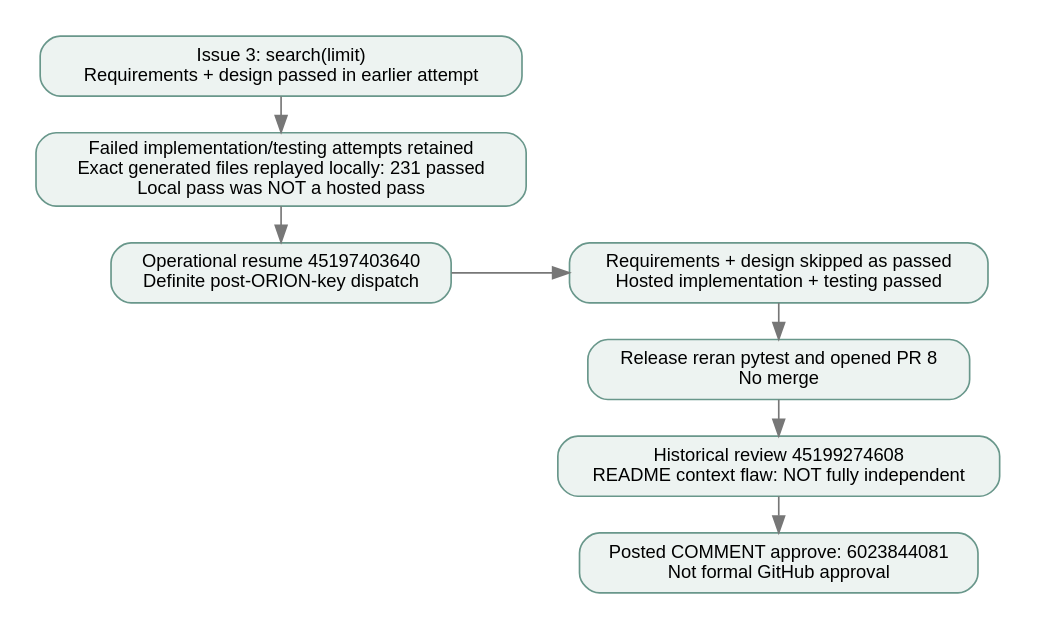
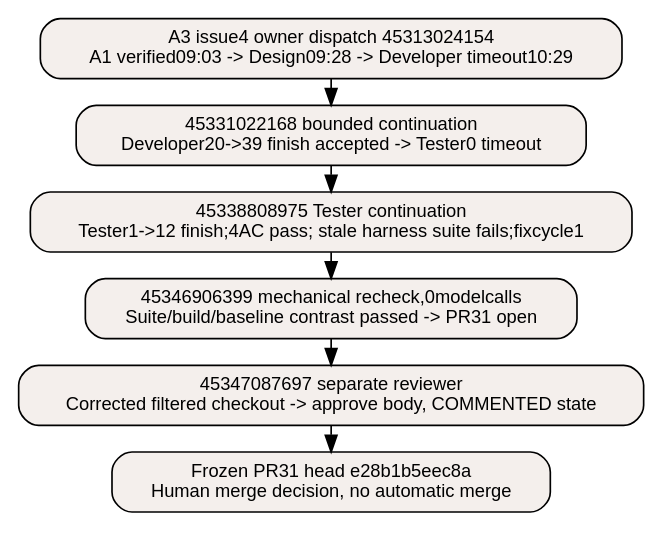
The diagram in architecture/views/sequence.dot (panemchaitanya/AutoSE_A3), drawn with Graphviz before and after one commit. The commit also changed 26 other files, not shown here.

```diff
--- a/architecture/views/sequence.dot
+++ b/architecture/views/sequence.dot
@@ -1,15 +1,12 @@
 digraph G {
- graph [rankdir=LR,bgcolor="white",pad="0.2",nodesep="0.3",ranksep="0.27"];
- node [shape=box,style="rounded,filled",fillcolor="#edf3f1",color="#69978b",fontname="Helvetica",fontsize=11];
- edge [color="#777777",fontname="Helvetica",fontsize=10];
- A [label="Issue 3: search(limit)\nRequirements + design passed in earlier attempt"];
- B [label="Failed implementation/testing attempts retained\nExact generated files replayed locally: 231 passed\nLocal pass was NOT a hosted pass"];
- C [label="Operational resume 45197403640\nDefinite post-ORION-key dispatch"];
- D [label="Requirements + design skipped as passed\nHosted implementation + testing passed"];
- E [label="Release reran pytest and opened PR 8\nNo merge"];
- F [label="Historical review 45199274608\nREADME context flaw: NOT fully independent"];
- H [label="Posted COMMENT approve: 6023844081\nNot formal GitHub approval"];
- {rank=same;A;B;C;}
- {rank=same;D;E;F;H;}
- A->B->C->D->E->F->H;
+ graph [rankdir=TB,bgcolor=white,nodesep=.25,ranksep=.22];
+ node [shape=box,style="rounded,filled",fillcolor="#f4efec",fontname=Helvetica,fontsize=11];
+ edge [fontname=Helvetica,fontsize=9];
+ A [label="A3 issue4 owner dispatch 45313024154\nA1 verified09:03 -> Design09:28 -> Developer timeout10:29"];
+ B [label="45331022168 bounded continuation\nDeveloper20->39 finish accepted -> Tester0 timeout"];
+ C [label="45338808975 Tester continuation\nTester1->12 finish;4AC pass; stale harness suite fails;fixcycle1"];
+ D [label="45346906399 mechanical recheck,0modelcalls\nSuite/build/baseline contrast passed -> PR31 open"];
+ E [label="45347087697 separate reviewer\nCorrected filtered checkout -> approve body, COMMENTED state"];
+ F [label="Frozen PR31 head e28b1b5eec8a\nHuman merge decision, no automatic merge"];
+ A->B->C->D->E->F;
 }
```
